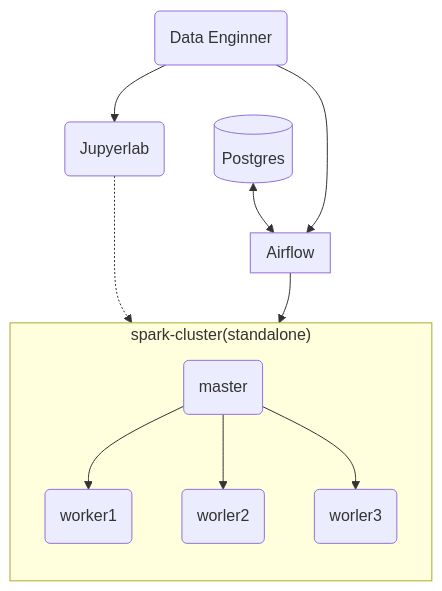
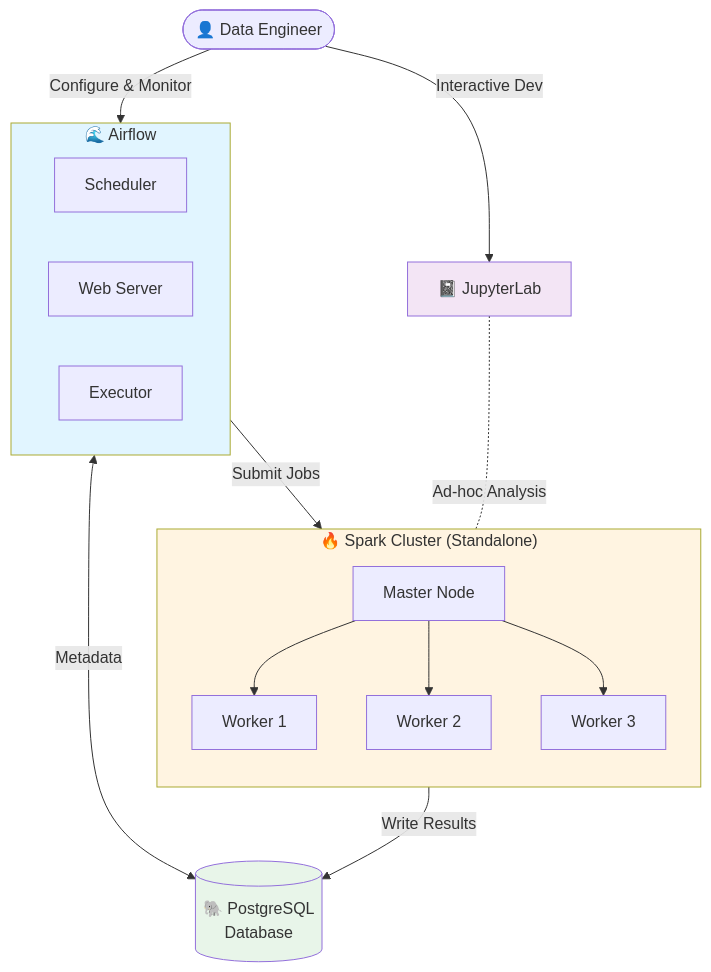
One commit to karevin07/docker-data-ETL changed the first of 2 diagrams in README.md. Above: the diagram before and after it, drawn with Mermaid. The commit also changed other lines of this file and 1 other file, not shown here.

Commit message:
docs: enhance README.md with detailed architecture and ETL flow diagrams and update Scala SHA256 checksum in Dockerfile

````diff
--- a/README.md
+++ b/README.md
@@ -8,40 +7,37 @@
 ```mermaid
-flowchart
+flowchart TB
+    user([👤 Data Engineer])
 
-    user("Data Enginner")
-    
-    
-    master("master")
-    worker1("worker1")
-    worker2("worler2")
-    worker3("worler3")
-    
-    db[("Postgres")]
-    notebook("Jupyerlab")
-    
-    user
+    subgraph spark["🔥 Spark Cluster (Standalone)"]
+        direction TB
+        master[Master Node]
+        worker1[Worker 1]
+        worker2[Worker 2]
+        worker3[Worker 3]
+        master --> worker1
+        master --> worker2
+        master --> worker3
+    end
 
-    subgraph spark-cluster["spark-cluster(standalone)"]
-    
-        direction TB
-        master --> worker1 
-        master --> worker2 
-        master --> worker3
+    subgraph airflow["🌊 Airflow"]
+        scheduler[Scheduler]
+        webserver[Web Server]
+        executor[Executor]
+    end
 
-    end
-    
-    subgraph airflow ["Airflow"]
-    
-        
-    
-    end
-    
-    db <--> airflow
-    
-    user --> airflow
-    user --> notebook
-    
-    notebook -..-> spark-cluster
-    airflow--> spark-cluster
-    
+    db[(🐘 PostgreSQL<br/>Database)]
+    notebook[📓 JupyterLab]
+
+    user --> |Configure & Monitor| airflow
+    user --> |Interactive Dev| notebook
+
+    airflow <--> |Metadata| db
+    airflow --> |Submit Jobs| spark
+    notebook -.- |Ad-hoc Analysis| spark
+    spark --> |Write Results| db
+
+    style spark fill:#fff4e1
+    style airflow fill:#e1f5ff
+    style db fill:#e8f5e9
+    style notebook fill:#f3e5f5
 ```
````
